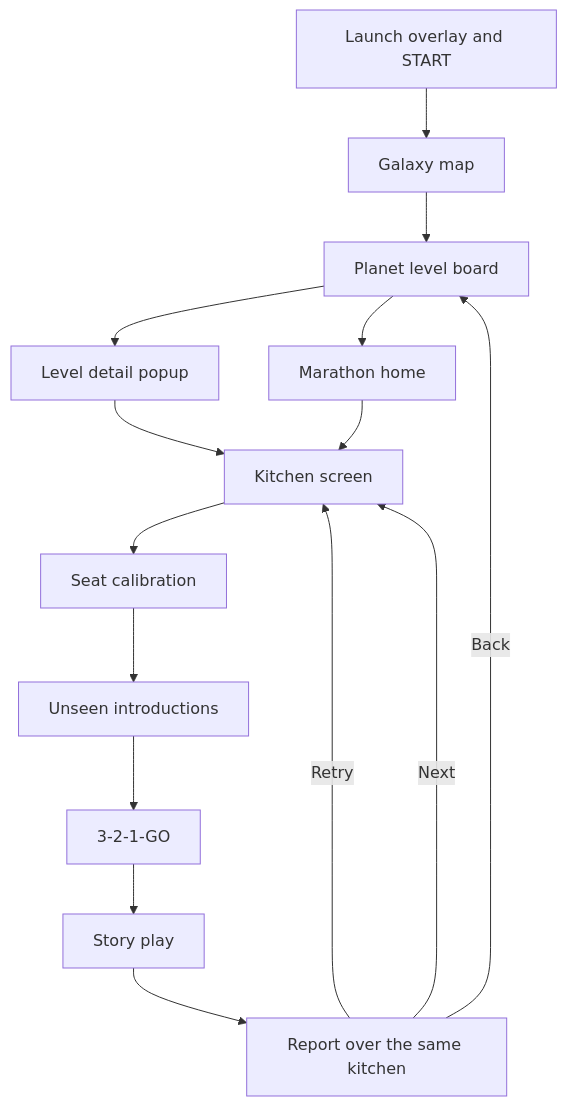
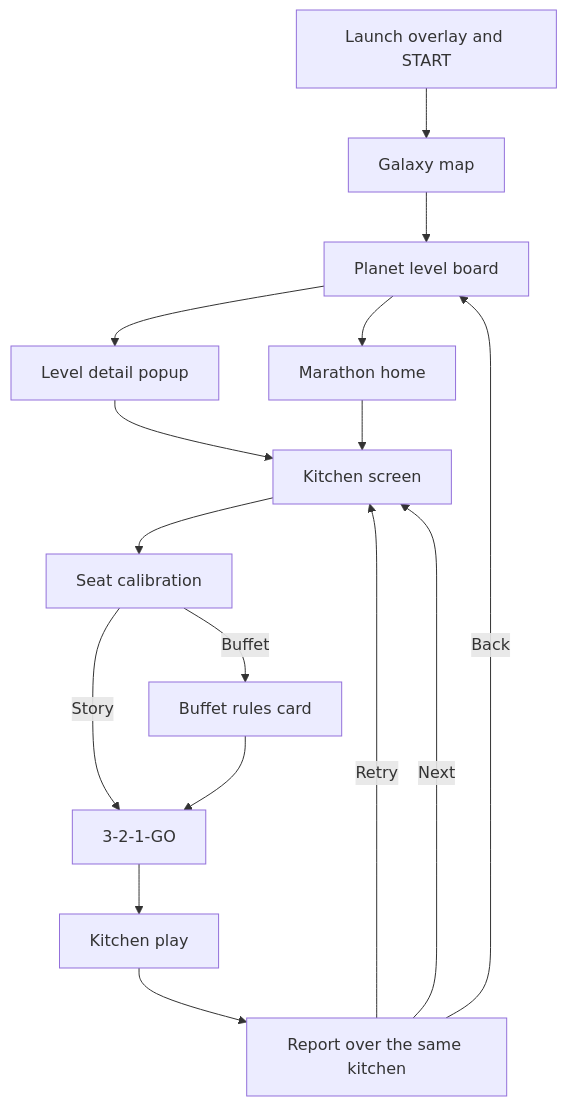
Before and after one commit to kykyramadhani/playfeat: the diagram in docs/systems/10-menus-and-navigation.md, drawn with Mermaid. The commit also changed other lines of this file and 17 other files, not shown here.

````diff
--- a/docs/systems/10-menus-and-navigation.md
+++ b/docs/systems/10-menus-and-navigation.md
@@ -11,17 +11,18 @@
 ```mermaid
 flowchart TD
     Launch[Launch overlay and START] --> Galaxy[Galaxy map]
     Galaxy --> Board[Planet level board]
     Board --> Detail[Level detail popup]
     Detail --> Kitchen[Kitchen screen]
     Kitchen --> Calibration[Seat calibration]
-    Calibration --> Intro[Unseen introductions]
-    Intro --> Countdown[3-2-1-GO]
-    Countdown --> Play[Story play]
+    Calibration -->|Story| Countdown[3-2-1-GO]
+    Calibration -->|Buffet| Rules[Buffet rules card]
+    Rules --> Countdown
+    Countdown --> Play[Kitchen play]
     Play --> Report[Report over the same kitchen]
     Report -->|Back| Board
     Report -->|Retry| Kitchen
     Report -->|Next| Kitchen
     Board --> Marathon[Marathon home]
     Marathon --> Kitchen
 ```
````
